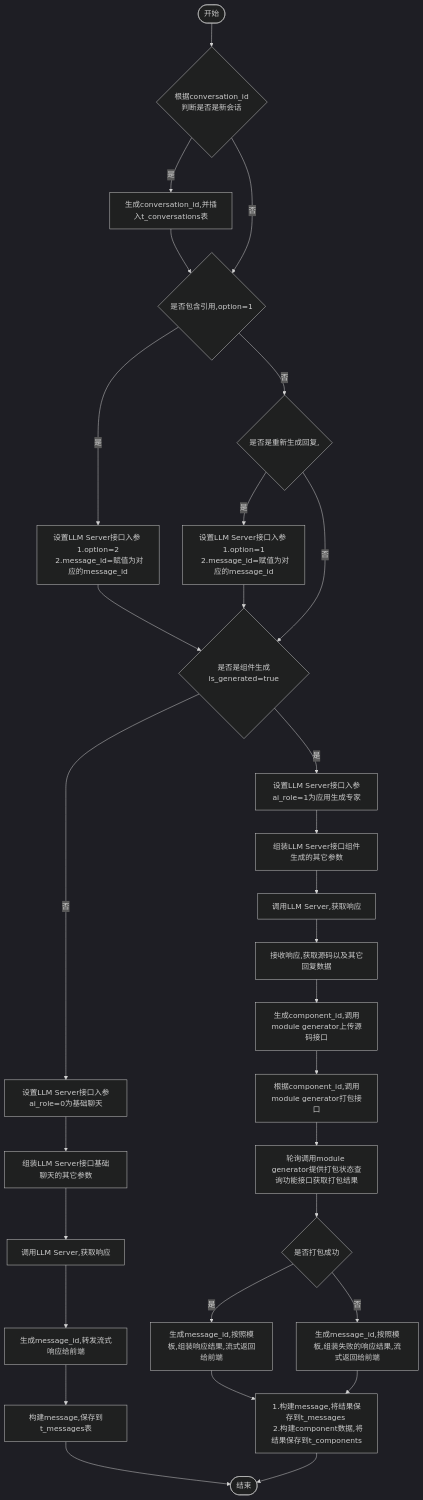
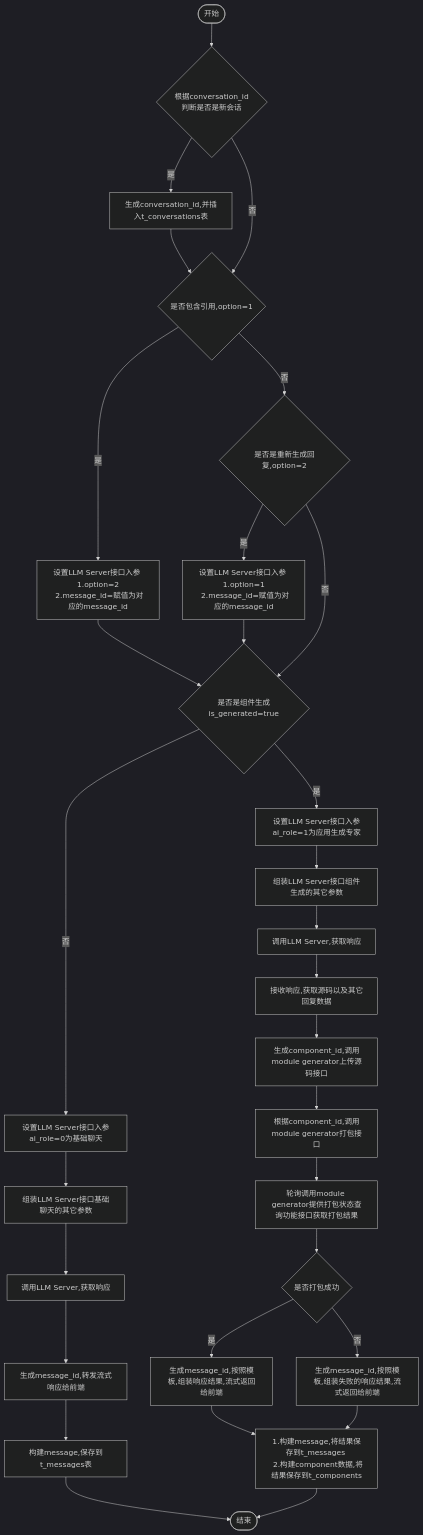
One commit to yingjianzh/iodraw-files changed the diagram in all/w3-会话-不需要传递message.md. Above: the diagram before and after it, drawn with Mermaid (dark theme).

Commit message:
2024-10-14 11:51:36 update

````diff
--- a/all/w3-会话-不需要传递message.md
+++ b/all/w3-会话-不需要传递message.md
@@ -1,36 +1,36 @@
 ```mermaid
 flowchart TD
     A([开始]) --> B{根据conversation_id \n 判断是否是新会话}
     B -- 是 --> C[生成conversation_id,并插入t_conversations表]
     C --> D
     B -- 否 --> D{是否包含引用,option=1}
     D -- 是 --> E[设置LLM Server接口入参 \n 1.option=2 \n 2.message_id=赋值为对应的message_id]
-    D -- 否 --> F{是否是重新生成回复,}
+    D -- 否 --> F{是否是重新生成回复,option=2}
     F -- 是 --> G[设置LLM Server接口入参 \n 1.option=1 \n 2.message_id=赋值为对应的message_id]
     F -- 否 --> I
      
     E & G --> I{是否是组件生成is_generated=true}
     I -- 否 --> K[设置LLM Server接口入参ai_role=0为基础聊天]
     I -- 是 --> J[设置LLM Server接口入参ai_role=1为应用生成专家]
     
 
     J --> L[组装LLM Server接口组件生成的其它参数]    
     K --> M[组装LLM Server接口基础聊天的其它参数]    
     M --> N[调用LLM Server,获取响应]    
     N --> O[生成message_id,转发流式响应给前端]
     O --> P[构建message,保存到t_messages表]
     P --> R([结束])
 
 
     L --> S[调用LLM Server,获取响应]
     S --> T[接收响应,获取源码以及其它回复数据]
     T --> U[生成component_id,调用module generator上传源码接口]
     U --> V[根据component_id,调用module generator打包接口]
     V --> W[轮询调用module generator提供打包状态查询功能接口获取打包结果]
     W --> X{是否打包成功}
     X -- 是 --> Y[生成message_id,按照模板,组装响应结果,流式返回给前端]
     X -- 否 --> Z[生成message_id,按照模板,组装失败的响应结果,流式返回给前端]
 
     Y & Z --> Result[1.构建message,将结果保存到t_messages \n 2.构建component数据,将结果保存到t_components]
     Result --> R
 ```
````
